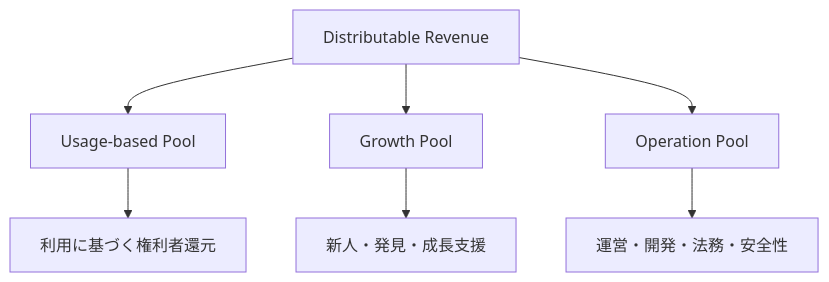
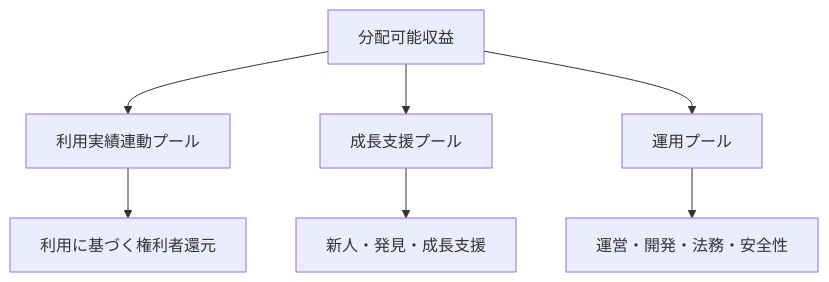
Before and after one commit to ShigeichiroYamasaki/creator-first-platform: the third of 27 diagrams in docs/whitepaper/06-economics-mathjax.md, drawn with Mermaid. The commit also changed other lines of this file and 72 other files, not shown here.

````diff
--- a/docs/whitepaper/06-economics-mathjax.md
+++ b/docs/whitepaper/06-economics-mathjax.md
@@ -142,12 +142,12 @@
 ```mermaid
 flowchart TD
-    NET[Distributable Revenue]
+    NET[分配可能収益]
 
-    NET --> U[Usage-based Pool]
-    NET --> G[Growth Pool]
-    NET --> O[Operation Pool]
+    NET --> U[利用実績連動プール]
+    NET --> G[成長支援プール]
+    NET --> O[運用プール]
 
     U --> U1[利用に基づく権利者還元]
     G --> G1[新人・発見・成長支援]
     O --> O1[運営・開発・法務・安全性]
 ```
````
